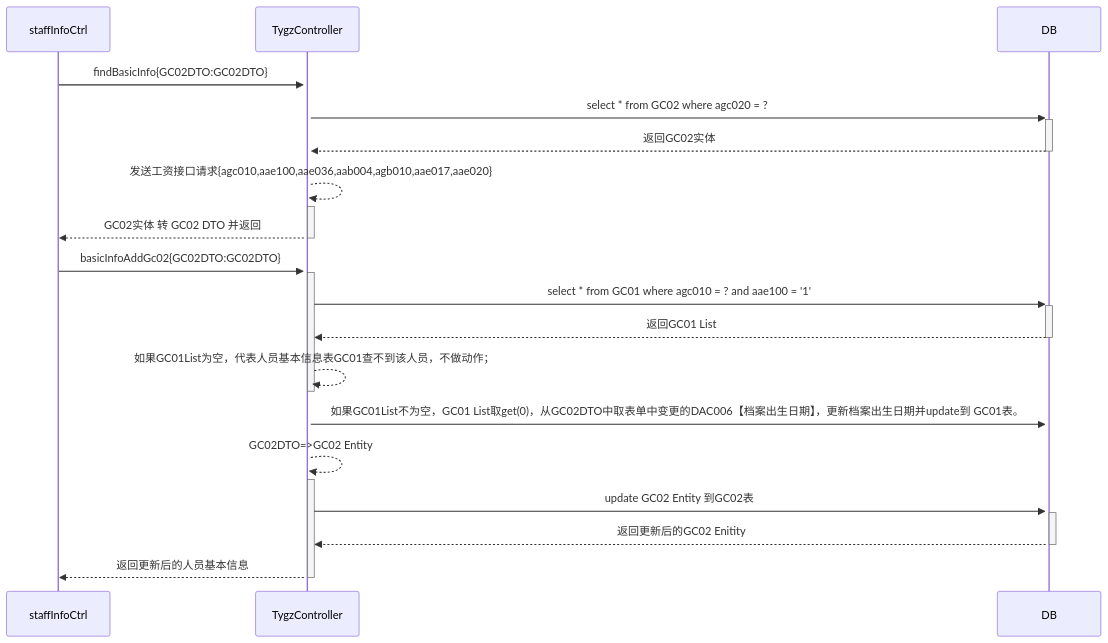
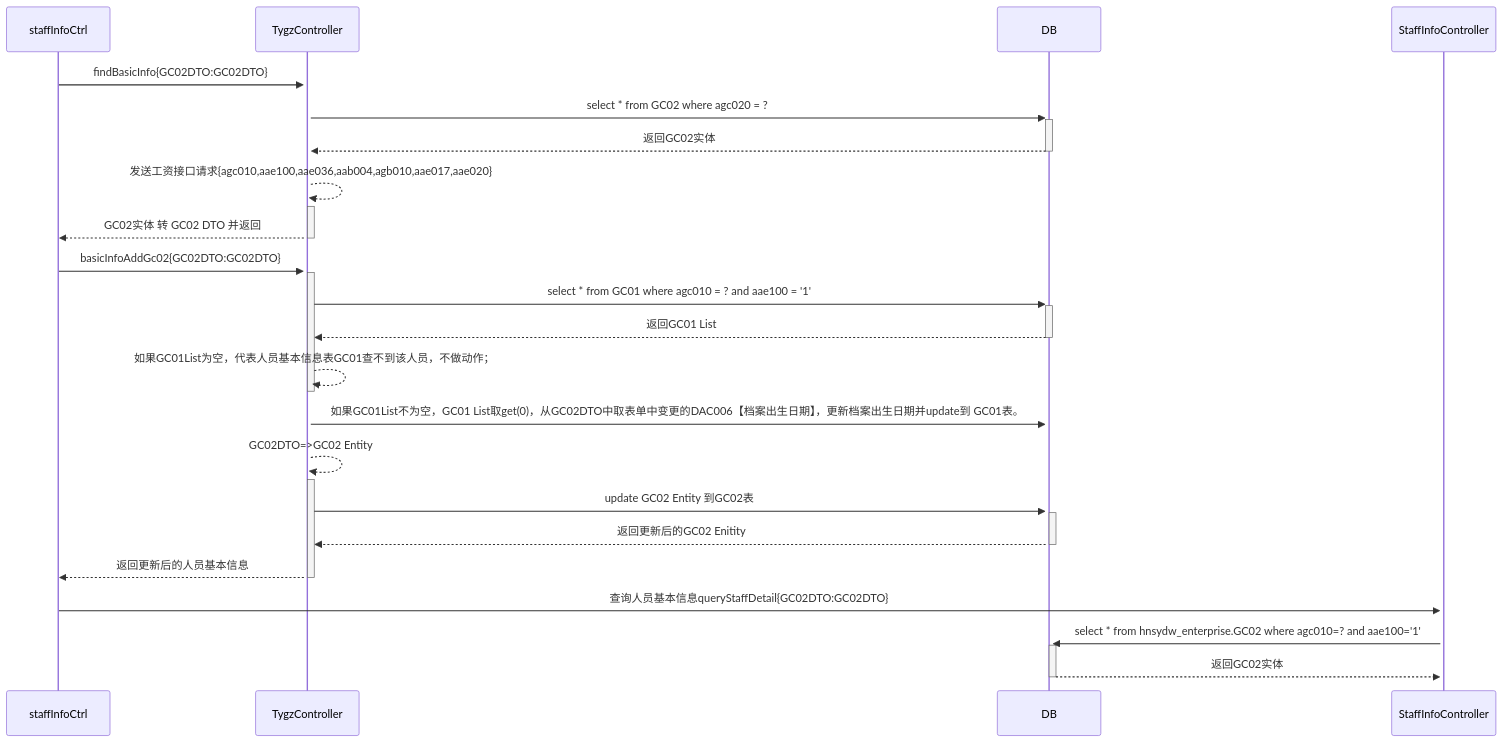
Before and after one commit to ZhangJianBeiJing/iodraw-files: the diagram in all/保存按钮调用业务流程.md, drawn with Mermaid.

Commit message:
2025-03-24 18:38:21 update

````diff
--- a/all/保存按钮调用业务流程.md
+++ b/all/保存按钮调用业务流程.md
@@ -1,20 +1,23 @@
 ```mermaid
 sequenceDiagram
     staffInfoCtrl->>+TygzController:findBasicInfo{GC02DTO:GC02DTO}
     TygzController->>+DB:select * from GC02 where agc020 = ?
     DB-->>-TygzController:返回GC02实体
     TygzController-->>+TygzController:发送工资接口请求{agc010,aae100,aae036,aab004,agb010,aae017,aae020}
     TygzController-->>-staffInfoCtrl:GC02实体 转 GC02 DTO 并返回
 
     staffInfoCtrl->>+TygzController:basicInfoAddGc02{GC02DTO:GC02DTO}
     TygzController->>+DB:select * from GC01 where agc010 = ? and aae100 = '1'
     DB-->>-TygzController:返回GC01 List
     TygzController-->>-TygzController:如果GC01List为空，代表人员基本信息表GC01查不到该人员，不做动作；
     TygzController->>+DB:如果GC01List不为空，GC01 List取get(0)，从GC02DTO中取表单中变更的DAC006【档案出生日期】，更新档案出生日期并update到 GC01表。
     TygzController-->>+TygzController:GC02DTO=>GC02 Entity
     TygzController->>+DB:update GC02 Entity 到GC02表
     DB-->>-TygzController:返回更新后的GC02 Enitity
     TygzController-->>-staffInfoCtrl:返回更新后的人员基本信息
 
-    
+    staffInfoCtrl->>+StaffInfoController:查询人员基本信息queryStaffDetail{GC02DTO:GC02DTO}
+    StaffInfoController->>+DB:select * from hnsydw_enterprise.GC02 where agc010=? and aae100='1'
+    DB-->>-StaffInfoController:返回GC02实体
+
 ```
````
